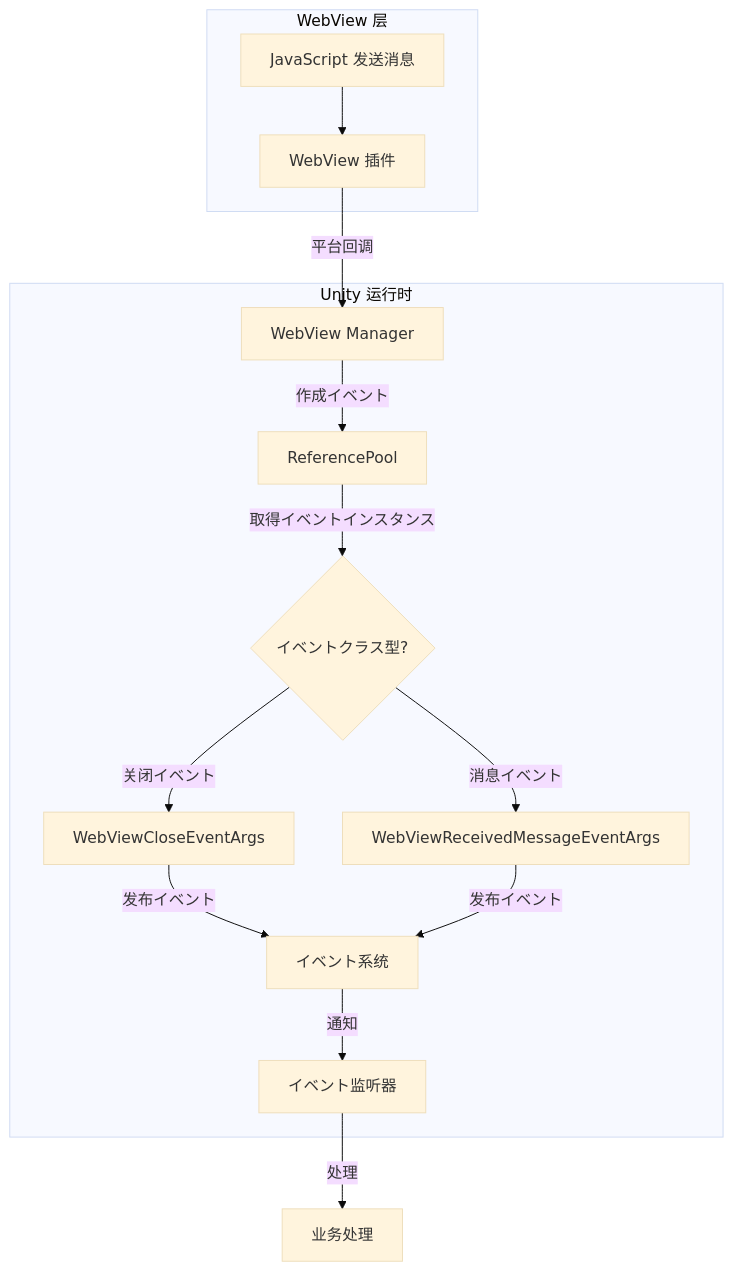
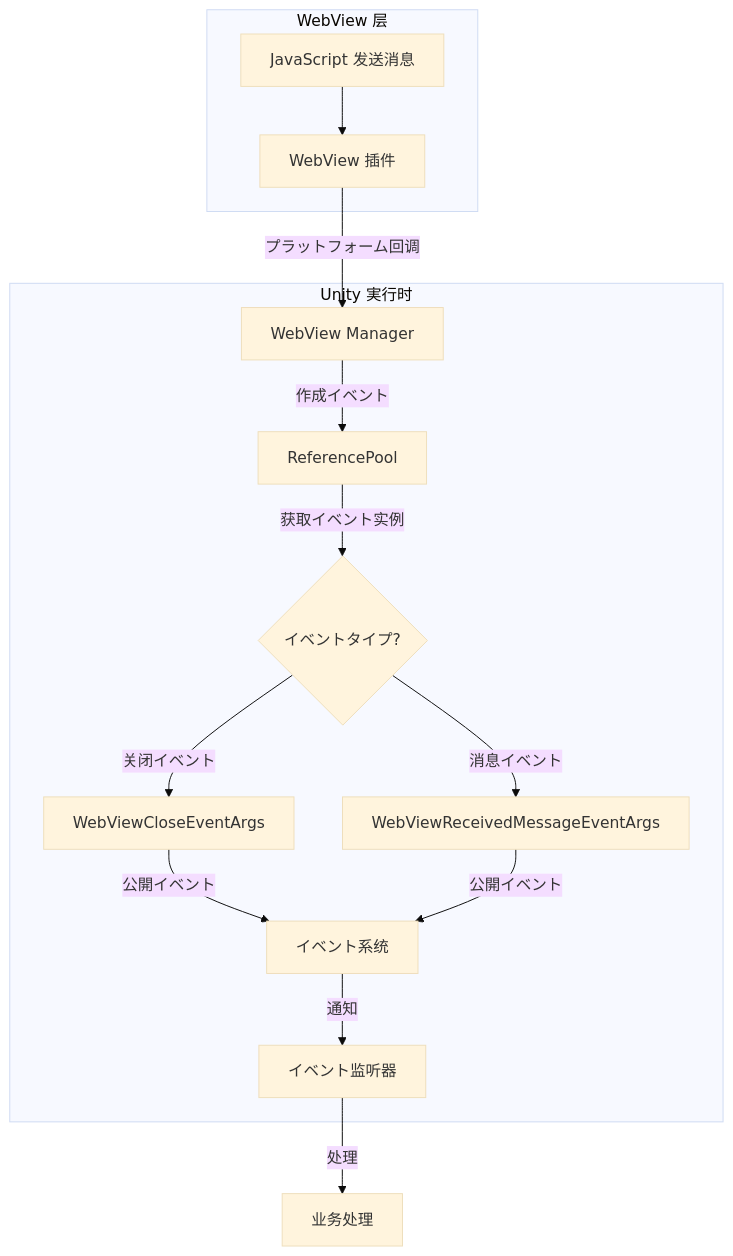
One commit to AlianBlank/GameFrameX.Docs changed the second of 2 diagrams in docs/ja/client/unity/component/webview/04.events.md. Above: the diagram before and after it, drawn with Mermaid (base theme). The commit also changed other lines of this file and 320 other files, not shown here.

````diff
--- a/docs/ja/client/unity/component/webview/04.events.md
+++ b/docs/ja/client/unity/component/webview/04.events.md
@@ -142,19 +142,19 @@
 ```mermaid
 flowchart TD
     subgraph WebView["WebView 层"]
         JS[JavaScript 发送消息] --> WV[WebView 插件]
     end
 
-    subgraph Unity["Unity 运行时"]
-        WV --> |平台回调| Manager[WebView Manager]
+    subgraph Unity["Unity 実行时"]
+        WV --> |プラットフォーム回调| Manager[WebView Manager]
         Manager --> |作成イベント| Pool[ReferencePool]
-        Pool --> |取得イベントインスタンス| Args{イベントクラス型?}
+        Pool --> |获取イベント实例| Args{イベントタイプ?}
         Args -->|关闭イベント| CloseArgs[WebViewCloseEventArgs]
         Args -->|消息イベント| MsgArgs[WebViewReceivedMessageEventArgs]
-        CloseArgs --> |发布イベント| EventSys[イベント系统]
-        MsgArgs --> |发布イベント| EventSys
+        CloseArgs --> |公開イベント| EventSys[イベント系统]
+        MsgArgs --> |公開イベント| EventSys
         EventSys --> |通知| Listeners[イベント监听器]
     end
 
     Listeners --> |处理| Handle[业务处理]
 ```
````
